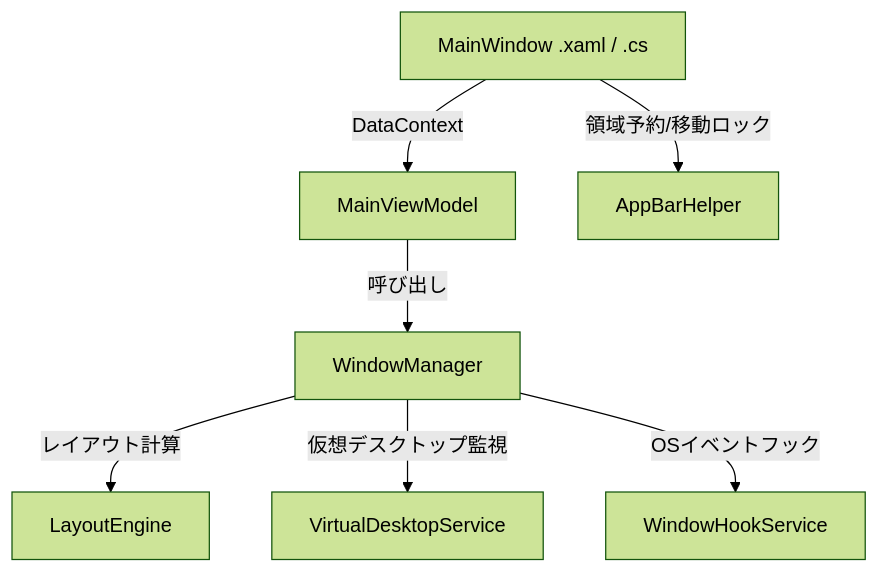
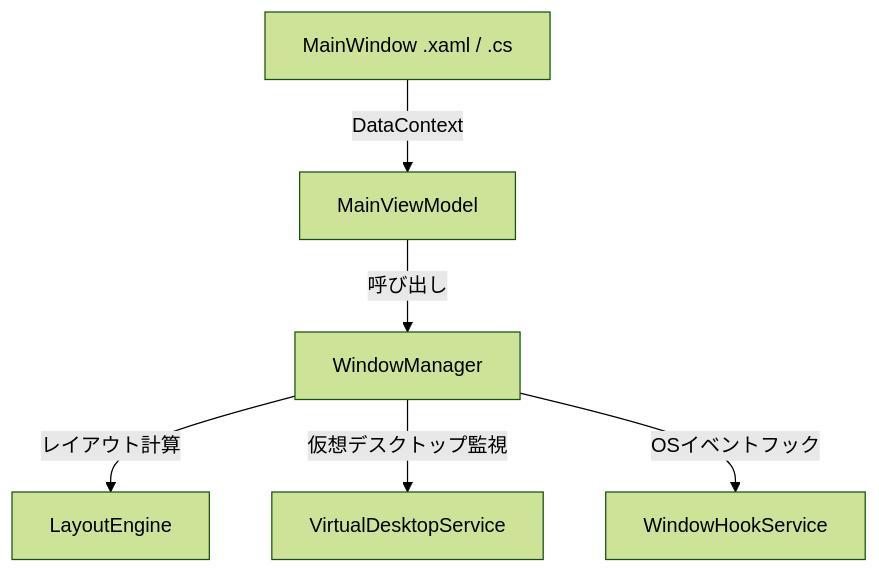
Before and after one commit to hamano1204/monaka-wm: the diagram in design_doc.md, drawn with Mermaid (forest theme). The commit also changed other lines of this file and 7 other files, not shown here.

````diff
--- a/design_doc.md
+++ b/design_doc.md
@@ -37,9 +37,8 @@
 ```mermaid
 graph TD
     MainWindow[MainWindow .xaml / .cs] -->|DataContext| MainViewModel[MainViewModel]
     MainViewModel -->|呼び出し| WindowManager[WindowManager]
     WindowManager -->|レイアウト計算| LayoutEngine[LayoutEngine]
     WindowManager -->|仮想デスクトップ監視| VirtualDesktopService[VirtualDesktopService]
     WindowManager -->|OSイベントフック| WindowHookService[WindowHookService]
-    MainWindow -->|領域予約/移動ロック| AppBarHelper[AppBarHelper]
 ```
````
